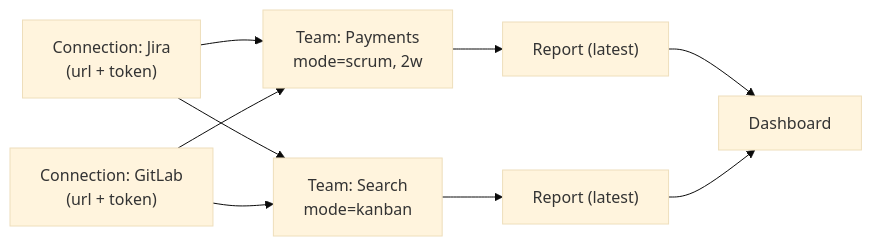
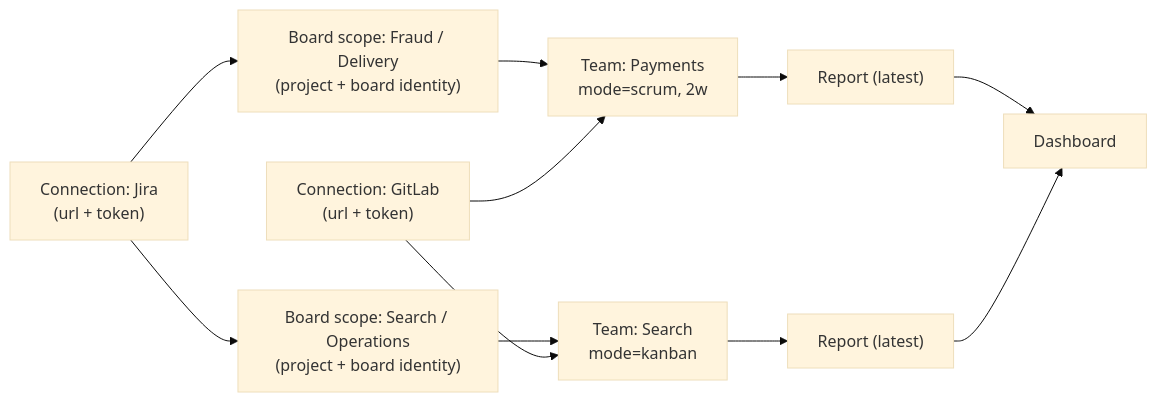
The first of 5 diagrams in docs/09-functional-flows.md (serdartas/em-radar), drawn with Mermaid (base theme) before and after one commit. The commit also changed other lines of this file and 39 other files, not shown here.

````diff
--- a/docs/09-functional-flows.md
+++ b/docs/09-functional-flows.md
@@ -59,18 +60,22 @@
 ```mermaid
 flowchart LR
     ConnJira["Connection: Jira<br/>(url + token)"]
     ConnGitLab["Connection: GitLab<br/>(url + token)"]
+    ScopeA["Board scope: Fraud / Delivery<br/>(project + board identity)"]
+    ScopeB["Board scope: Search / Operations<br/>(project + board identity)"]
     TeamA["Team: Payments<br/>mode=scrum, 2w"]
     TeamB["Team: Search<br/>mode=kanban"]
     RepA["Report (latest)"]
     RepB["Report (latest)"]
 
-    ConnJira --> TeamA
+    ConnJira --> ScopeA
+    ConnJira --> ScopeB
+    ScopeA --> TeamA
+    ScopeB --> TeamB
     ConnGitLab --> TeamA
-    ConnJira --> TeamB
     ConnGitLab --> TeamB
     TeamA --> RepA
     TeamB --> RepB
     RepA --> Dashboard
     RepB --> Dashboard
 ```
````
